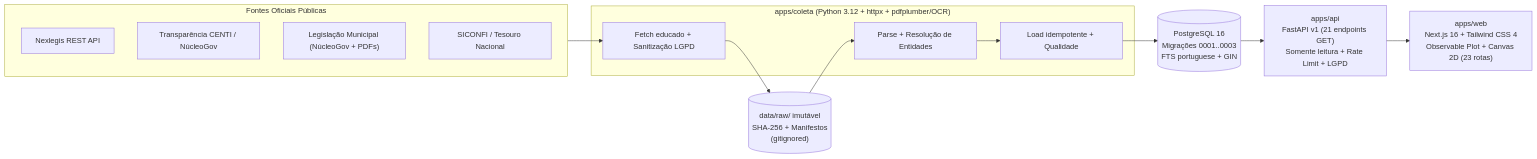
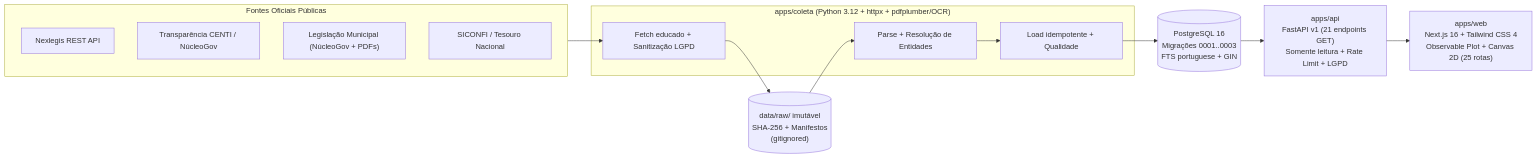
One commit to firstonetrillion-creator/Monitor changed the diagram in README.md. Above: the diagram before and after it, drawn with Mermaid. The commit also changed other lines of this file and 1 other file, not shown here.

````diff
--- a/README.md
+++ b/README.md
@@ -36,28 +36,28 @@
 ```mermaid
 flowchart LR
   subgraph Fontes["Fontes Oficiais Públicas"]
     F1["Nexlegis REST API"]
     F2["Transparência CENTI / NúcleoGov"]
     F3["Legislação Municipal (NúcleoGov + PDFs)"]
     F4["SICONFI / Tesouro Nacional"]
   end
 
   subgraph Coleta["apps/coleta (Python 3.12 + httpx + pdfplumber/OCR)"]
     C1["Fetch educado + Sanitização LGPD"]
     C2["Parse + Resolução de Entidades"]
     C3["Load idempotente + Qualidade"]
   end
 
   Raw[("data/raw/ imutável\nSHA-256 + Manifestos\n(gitignored)")]
   DB[("PostgreSQL 16\nMigrações 0001..0003\nFTS portuguese + GIN")]
   API["apps/api\nFastAPI v1 (21 endpoints GET)\nSomente leitura + Rate Limit + LGPD"]
-  Web["apps/web\nNext.js 16 + Tailwind CSS 4\nObservable Plot + Canvas 2D (23 rotas)"]
+  Web["apps/web\nNext.js 16 + Tailwind CSS 4\nObservable Plot + Canvas 2D (25 rotas)"]
 
   Fontes --> C1
   C1 --> Raw
   Raw --> C2
   C2 --> C3
   C3 --> DB
   DB --> API
   API --> Web
 ```
````
